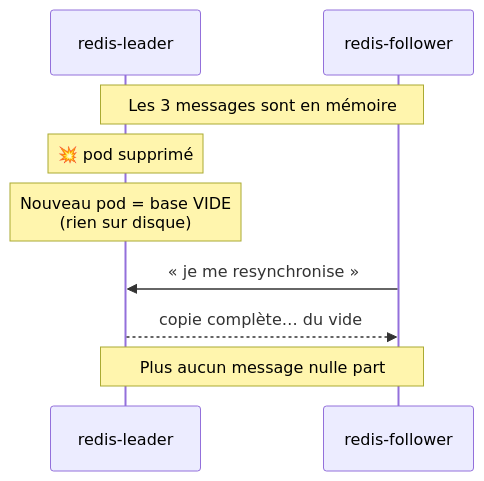
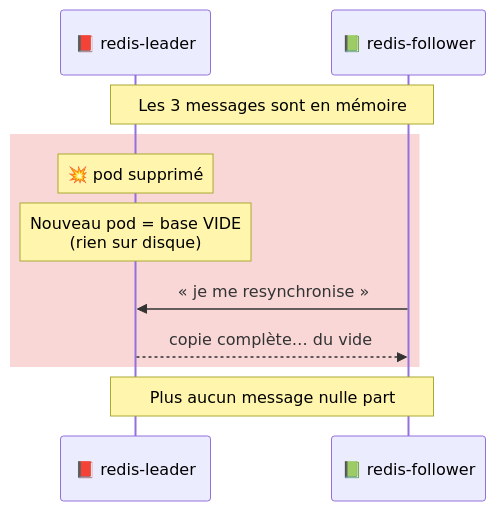
One commit to MartinFraysse/cloud-ia-project changed the third of 3 diagrams in Project-2/docs/02-constater-le-probleme.md. Above: the diagram before and after it, drawn with Mermaid. The commit also changed other lines of this file and 4 other files, not shown here.

````diff
--- a/Project-2/docs/02-constater-le-probleme.md
+++ b/Project-2/docs/02-constater-le-probleme.md
@@ -182,11 +199,13 @@
 ```mermaid
 sequenceDiagram
-    participant L as redis-leader
-    participant R as redis-follower
+    participant L as 📕 redis-leader
+    participant R as 📗 redis-follower
     Note over L,R: Les 3 messages sont en mémoire
+    rect rgba(220, 38, 38, 0.18)
     Note over L: 💥 pod supprimé
     Note over L: Nouveau pod = base VIDE<br/>(rien sur disque)
     R->>L: « je me resynchronise »
     L-->>R: copie complète… du vide
+    end
     Note over L,R: Plus aucun message nulle part
 ```
````
